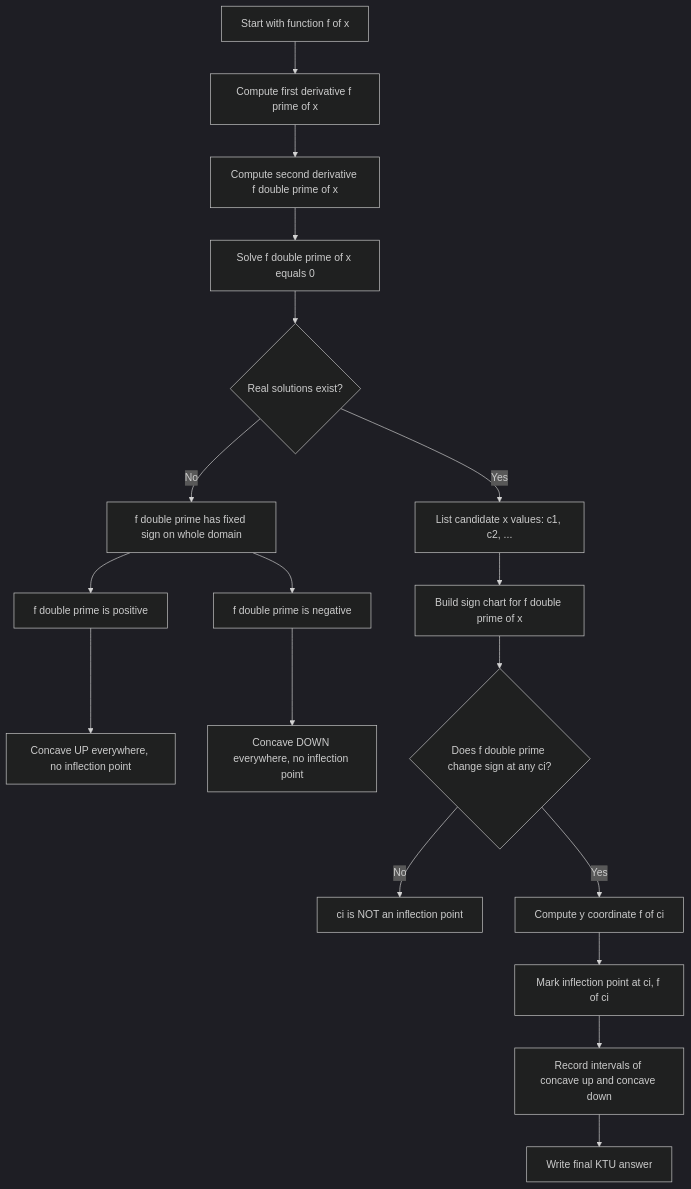
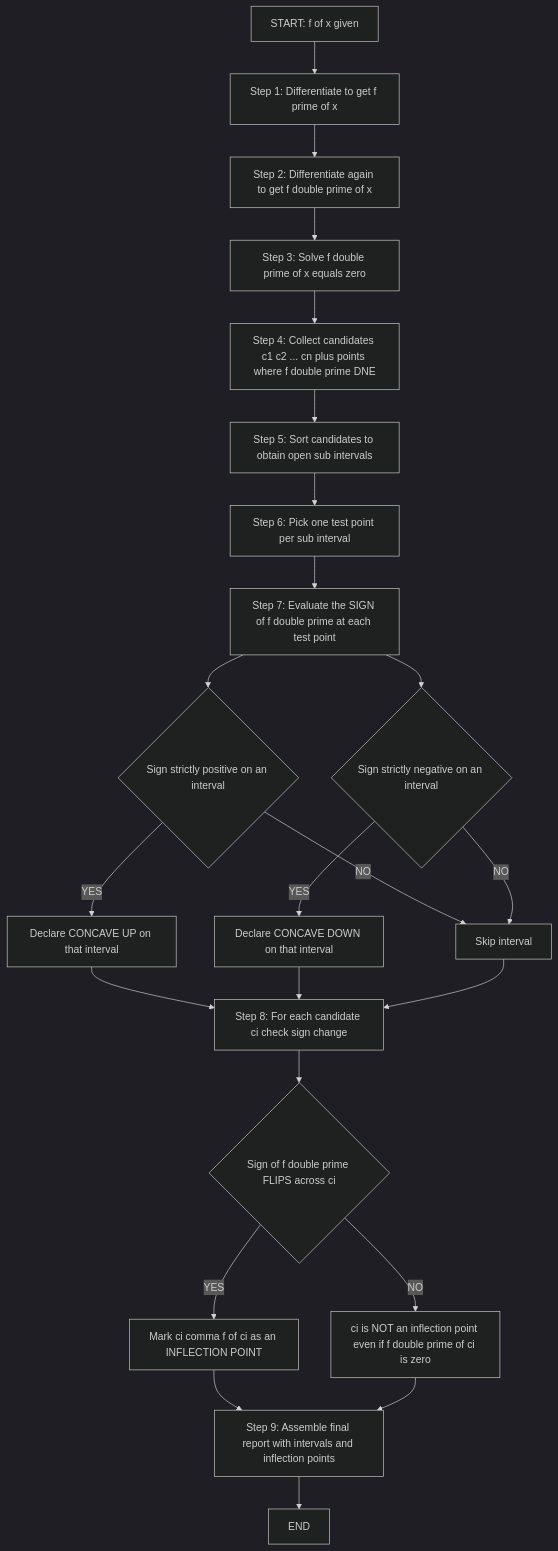
The first of 3 diagrams in public/notes/computer-science-and-engineering/semester-1/gamat101-mathematics-for-information-science-1/01-module-1-limits-of-function-values/concavity-the-second-derivative-test-for-concavity/notes.md (vishnuu-kr/ktunode), drawn with Mermaid (dark theme) before and after one commit. The commit also changed other lines of this file and 4829 other files, not shown here.

````diff
--- a/public/notes/computer-science-and-engineering/semester-1/gamat101-mathematics-for-information-science-1/01-module-1-limits-of-function-values/concavity-the-second-derivative-test-for-concavity/notes.md
+++ b/public/notes/computer-science-and-engineering/semester-1/gamat101-mathematics-for-information-science-1/01-module-1-limits-of-function-values/concavity-the-second-derivative-test-for-concavity/notes.md
@@ -409,18 +347,25 @@
 ```mermaid
-flowchart TD
-    A[Start with function f of x] --> B[Compute first derivative f prime of x]
-    B --> C[Compute second derivative f double prime of x]
-    C --> D[Solve f double prime of x equals 0]
-    D --> E{Real solutions exist?}
-    E -- No --> F[f double prime has fixed sign on whole domain]
-    F --> F1[f double prime is positive] --> G1[Concave UP everywhere, no inflection point]
-    F --> F2[f double prime is negative] --> G2[Concave DOWN everywhere, no inflection point]
-    E -- Yes --> H[List candidate x values: c1, c2, ...]
-    H --> I[Build sign chart for f double prime of x]
-    I --> J{Does f double prime change sign at any ci?}
-    J -- No --> K[ci is NOT an inflection point]
-    J -- Yes --> L[Compute y coordinate f of ci]
-    L --> M[Mark inflection point at ci, f of ci]
-    M --> N[Record intervals of concave up and concave down]
-    N --> O[Write final KTU answer]
+graph TD
+    A[START: f of x given] --> B[Step 1: Differentiate to get f prime of x]
+    B --> C[Step 2: Differentiate again to get f double prime of x]
+    C --> D[Step 3: Solve f double prime of x equals zero]
+    D --> E[Step 4: Collect candidates c1 c2 ... cn plus points where f double prime DNE]
+    E --> F[Step 5: Sort candidates to obtain open sub intervals]
+    F --> G[Step 6: Pick one test point per sub interval]
+    G --> H[Step 7: Evaluate the SIGN of f double prime at each test point]
+    H --> I{Sign strictly positive on an interval}
+    H --> J{Sign strictly negative on an interval}
+    I -->|YES| K[Declare CONCAVE UP on that interval]
+    I -->|NO| L[Skip interval]
+    J -->|YES| M[Declare CONCAVE DOWN on that interval]
+    J -->|NO| L
+    K --> N[Step 8: For each candidate ci check sign change]
+    M --> N
+    L --> N
+    N --> O{Sign of f double prime FLIPS across ci}
+    O -->|YES| P[Mark ci comma f of ci as an INFLECTION POINT]
+    O -->|NO| Q[ci is NOT an inflection point even if f double prime of ci is zero]
+    P --> R[Step 9: Assemble final report with intervals and inflection points]
+    Q --> R
+    R --> S[END]
 ```
````
